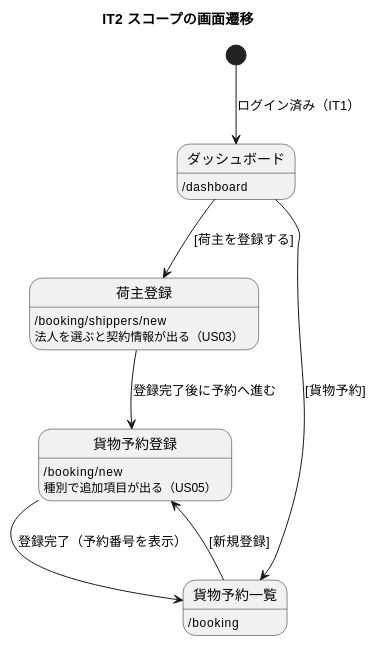
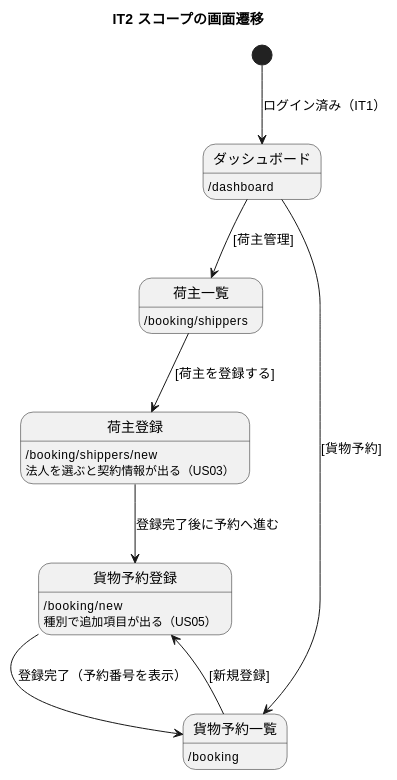
Before and after one commit to k2works/case-study-cargo-tracker: the fourth of 4 diagrams in docs/development/iteration_plan-2.md, drawn with PlantUML. The commit also changed other lines of this file and 1 other file, not shown here.

````diff
--- a/docs/development/iteration_plan-2.md
+++ b/docs/development/iteration_plan-2.md
@@ -242,31 +269,36 @@
 ```plantuml
 @startuml
 title IT2 スコープの画面遷移
 
 [*] --> ダッシュボード : ログイン済み（IT1）
 
 state ダッシュボード {
   ダッシュボード : /dashboard
+}
+
+state 荷主一覧 {
+  荷主一覧 : /booking/shippers
 }
 
 state 荷主登録 {
   荷主登録 : /booking/shippers/new
   荷主登録 : 法人を選ぶと契約情報が出る（US03）
 }
 
 state 貨物予約一覧 {
   貨物予約一覧 : /booking
 }
 
 state 貨物予約登録 {
   貨物予約登録 : /booking/new
   貨物予約登録 : 種別で追加項目が出る（US05）
 }
 
-ダッシュボード --> 荷主登録 : [荷主を登録する]
+ダッシュボード --> 荷主一覧 : [荷主管理]
+荷主一覧 --> 荷主登録 : [荷主を登録する]
 ダッシュボード --> 貨物予約一覧 : [貨物予約]
 貨物予約一覧 --> 貨物予約登録 : [新規登録]
 貨物予約登録 --> 貨物予約一覧 : 登録完了（予約番号を表示）
 荷主登録 --> 貨物予約登録 : 登録完了後に予約へ進む
 @enduml
 ```
````
